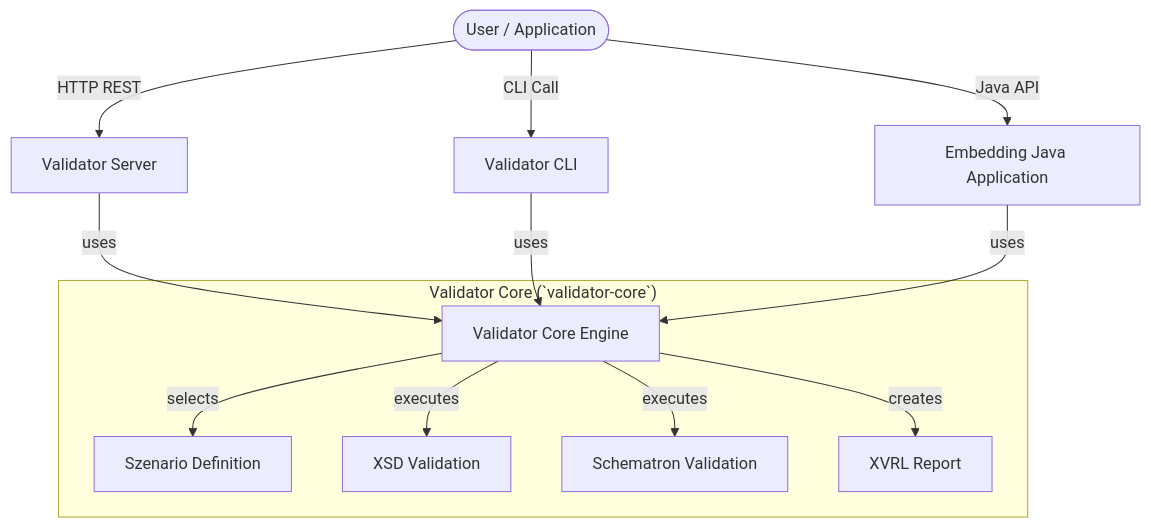
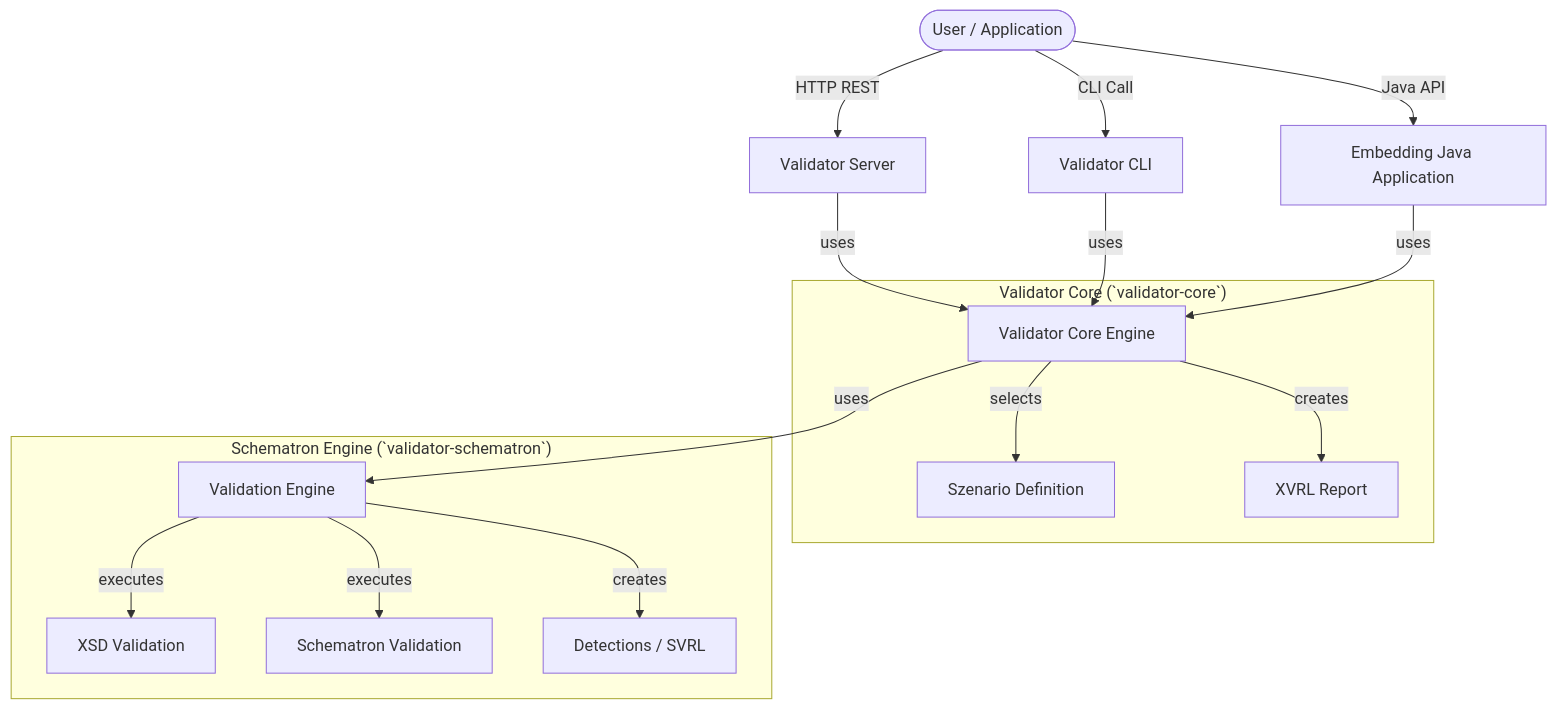
One commit to itplr-kosit/validator changed the first of 2 diagrams in docs/architecture.md. Above: the diagram before and after it, drawn with Mermaid. The commit also changed 212 other files, not shown here.

First line of the commit message:
Extracted schematron submodule

````diff
--- a/docs/architecture.md
+++ b/docs/architecture.md
@@ -13,17 +13,23 @@
 ```mermaid
 graph TD
     User([User / Application]) -->|HTTP REST| Server[Validator Server]
     User -->|CLI Call| CLI[Validator CLI]
     User -->|Java API| App[Embedding Java Application]
 
     Server -->|uses| Core[Validator Core Engine]
     CLI -->|uses| Core
     App -->|uses| Core
 
     subgraph "Validator Core (`validator-core`)"
         Core -->|selects| Scenario[Szenario Definition]
-        Core -->|executes| XSD[XSD Validation]
-        Core -->|executes| Schematron[Schematron Validation]
         Core -->|creates| XVRL[XVRL Report]
     end
+
+    Core -->|uses| Engine[Validation Engine]
+
+    subgraph "Schematron Engine (`validator-schematron`)"
+        Engine -->|executes| XSD[XSD Validation]
+        Engine -->|executes| Schematron[Schematron Validation]
+        Engine -->|creates| CVR[Detections / SVRL]
+    end
 ```
````
